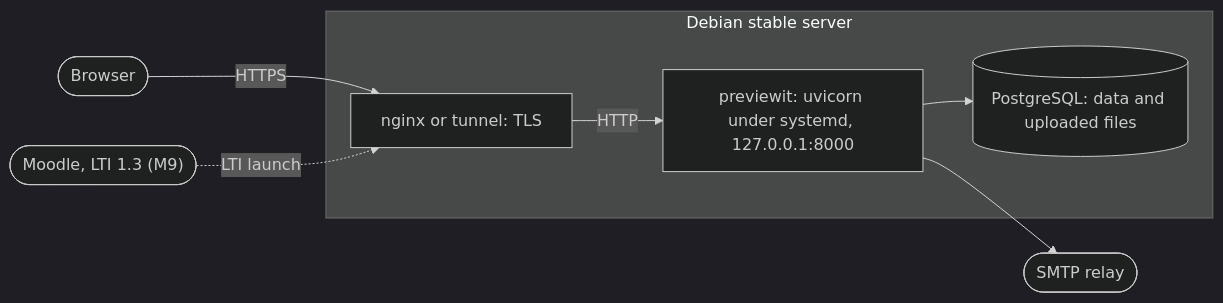
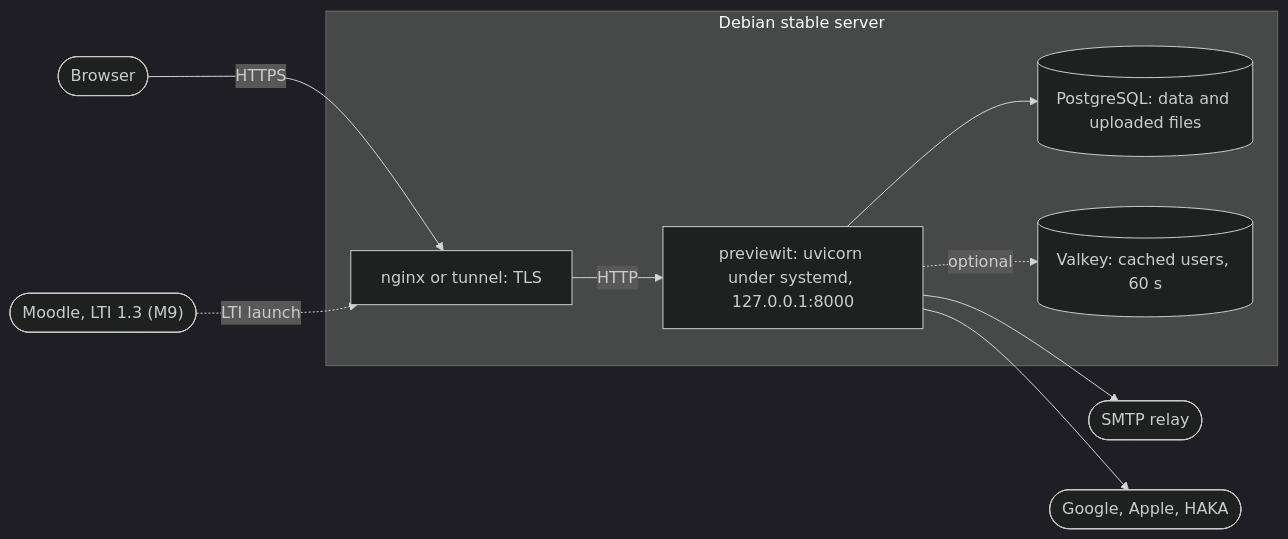
Before and after one commit to jaateixeira/peerview.it: the diagram in docs/manuals/deployment-manual.md, drawn with Mermaid (dark theme). The commit also changed other lines of this file, not shown here.

````diff
--- a/docs/manuals/deployment-manual.md
+++ b/docs/manuals/deployment-manual.md
@@ -24,16 +25,20 @@
 ```mermaid
 flowchart LR
     U(["Browser"])
     M(["Moodle, LTI 1.3 (M9)"])
     subgraph srv ["Debian stable server"]
         N["nginx or tunnel: TLS"]
         A["previewit: uvicorn under systemd, 127.0.0.1:8000"]
         P[("PostgreSQL: data and uploaded files")]
+        V[("Valkey: cached users, 60 s")]
     end
     SMTP(["SMTP relay"])
+    IDP(["Google, Apple, HAKA"])
     U -- HTTPS --> N
     M -. LTI launch .-> N
     N -- HTTP --> A
     A --> P
+    A -. optional .-> V
     A --> SMTP
+    A --> IDP
 ```
````
